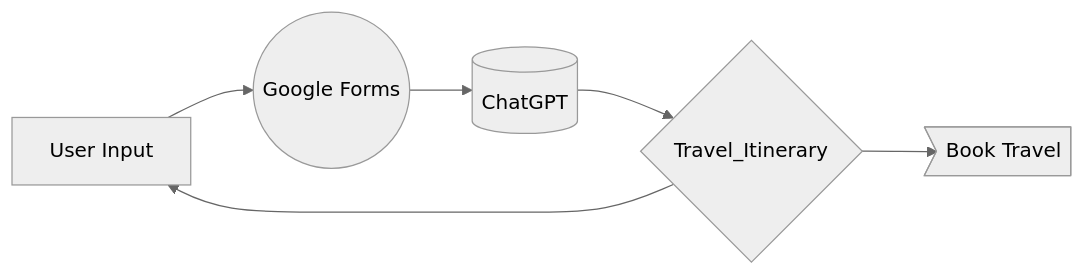
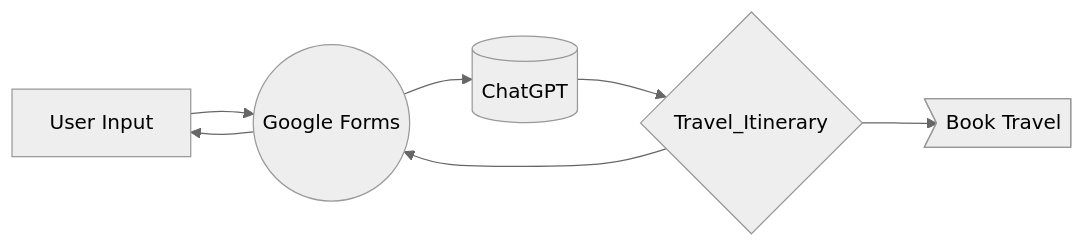
Before and after one commit to pjbrumm94/TravelApp: the diagram in README.md, drawn with Mermaid (neutral theme).

````diff
--- a/README.md
+++ b/README.md
@@ -7,8 +7,9 @@
 ```mermaid
 flowchart LR;
   usr[User Input]-->In
   In((Google Forms))-->LLM[(ChatGPT)];
   LLM-->Iti{Travel_Itinerary};
-  Iti-->usr;
+  Iti-->In;
+  In-->usr;
   Iti-->Trav>Book Travel]
 ```
````
